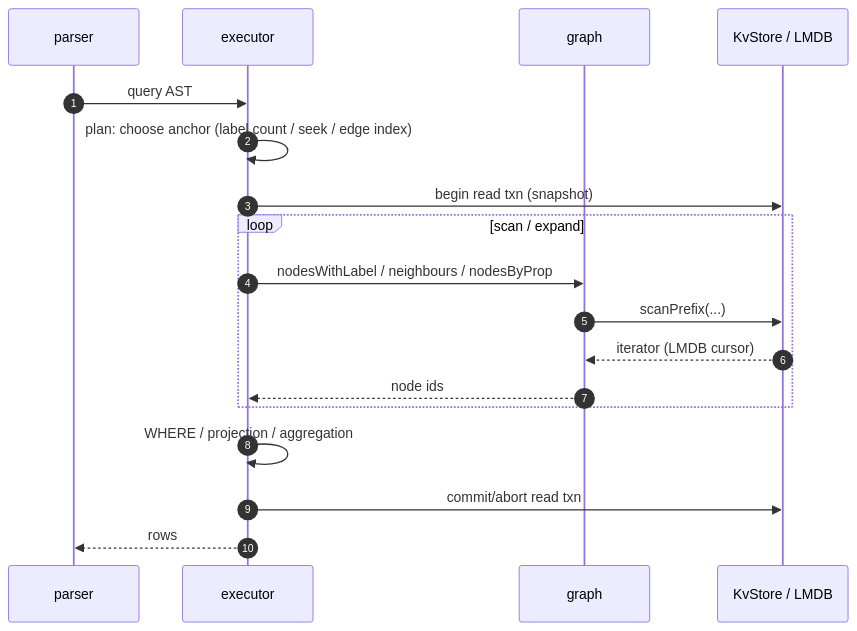
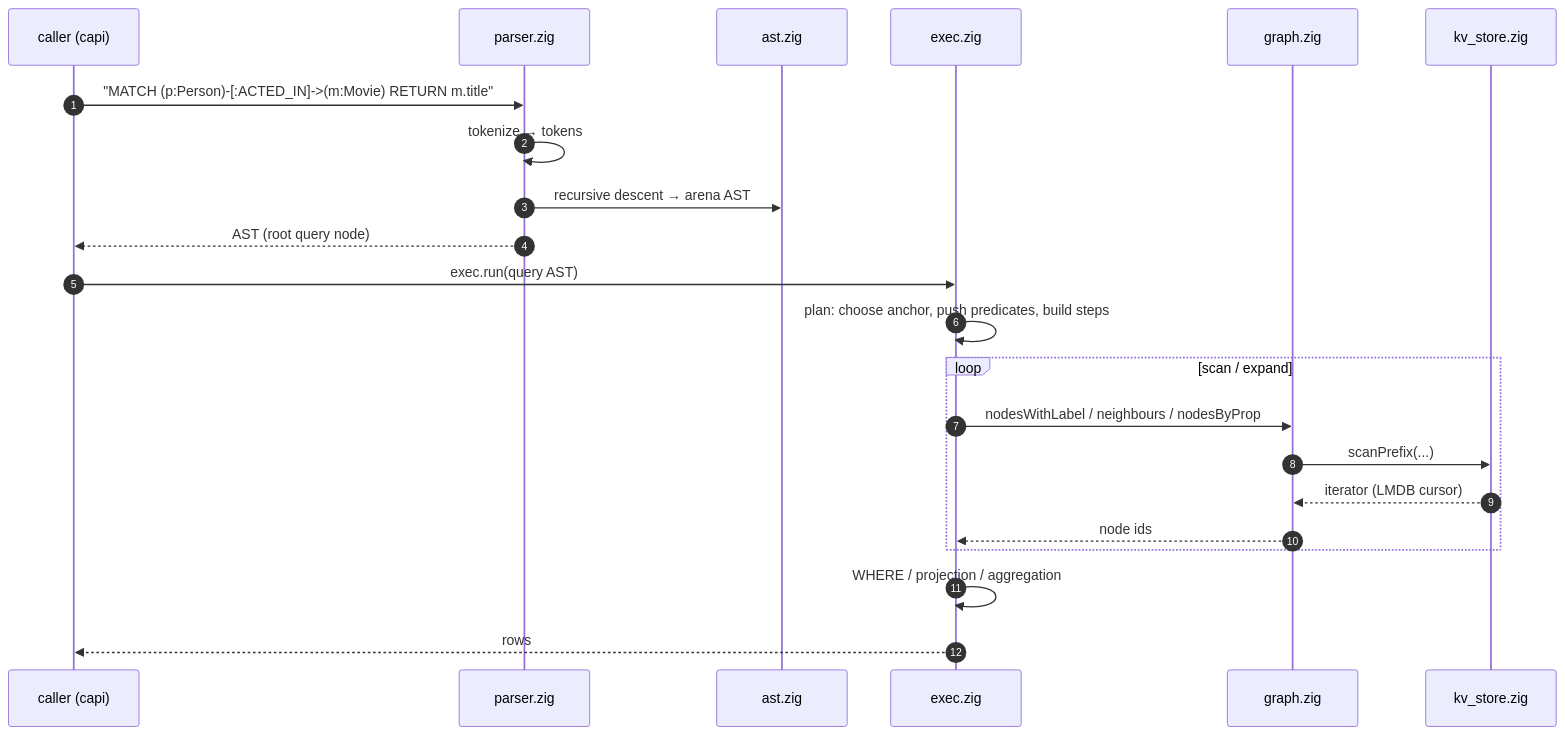
One commit to acasadom/zypherdb changed the second of 2 diagrams in docs/guide/architecture.md. Above: the diagram before and after it, drawn with Mermaid. The commit also changed other lines of this file and 7 other files, not shown here.

````diff
--- a/docs/guide/architecture.md
+++ b/docs/guide/architecture.md
@@ -104,21 +81,25 @@
 ```{mermaid}
 sequenceDiagram
   autonumber
-  participant P as parser
-  participant E as executor
-  participant G as graph
-  participant S as KvStore / LMDB
+  participant C as caller (capi)
+  participant P as parser.zig
+  participant A as ast.zig
+  participant E as exec.zig
+  participant G as graph.zig
+  participant S as kv_store.zig
 
-  P->>E: query AST
-  E->>E: plan: choose anchor (label count / seek / edge index)
-  E->>S: begin read txn (snapshot)
+  C->>P: "MATCH (p:Person)-[:ACTED_IN]->(m:Movie) RETURN m.title"
+  P->>P: tokenize → tokens
+  P->>A: recursive descent → arena AST
+  P-->>C: AST (root query node)
+  C->>E: exec.run(query AST)
+  E->>E: plan: choose anchor, push predicates, build steps
   loop scan / expand
     E->>G: nodesWithLabel / neighbours / nodesByProp
     G->>S: scanPrefix(...)
     S-->>G: iterator (LMDB cursor)
     G-->>E: node ids
   end
   E->>E: WHERE / projection / aggregation
-  E->>S: commit/abort read txn
-  E-->>P: rows
+  E-->>C: rows
 ```
````
